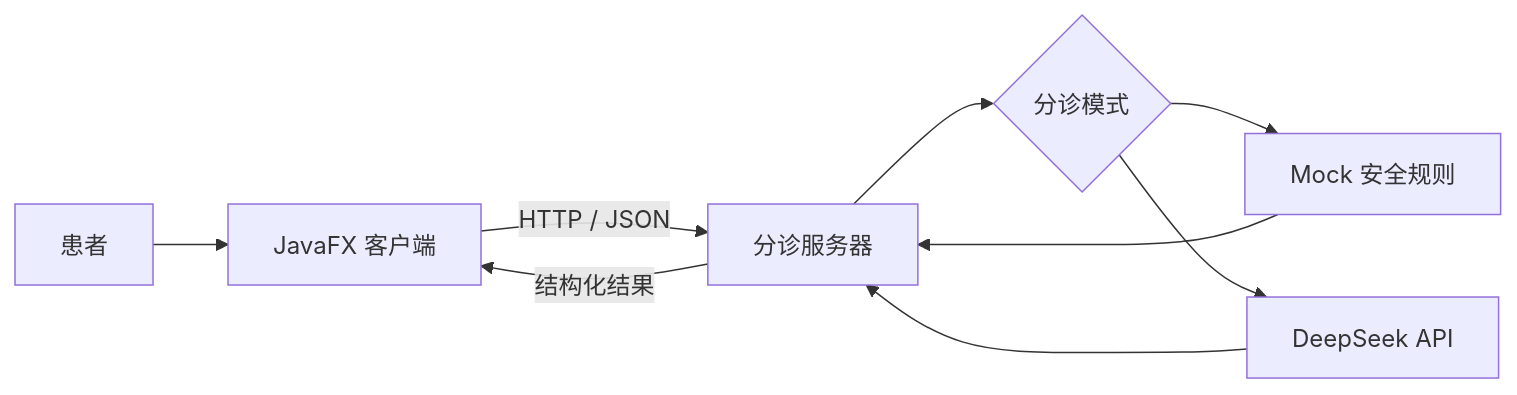
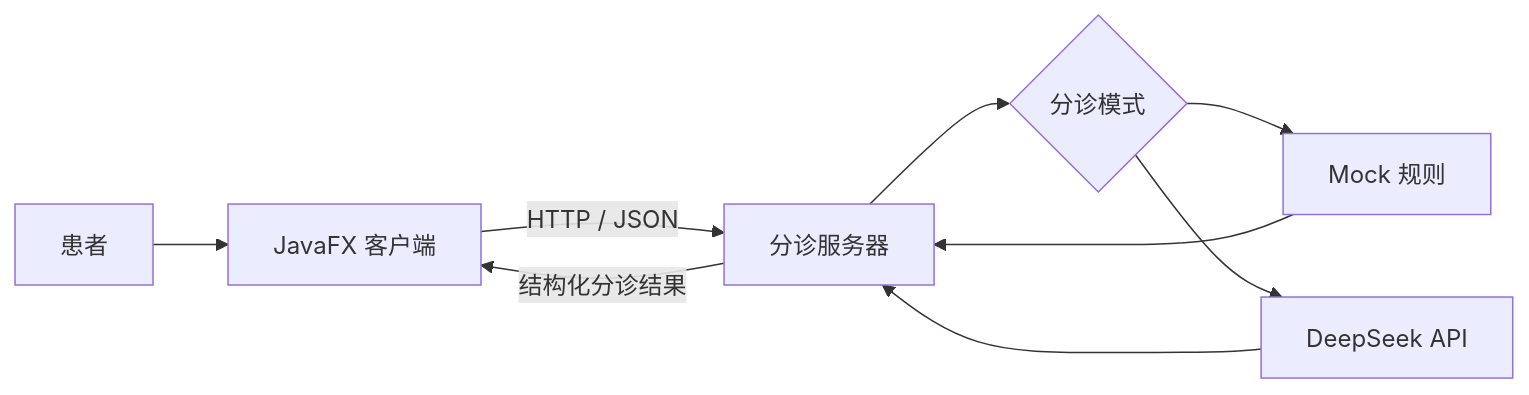
Before and after one commit to nannana11/Medicial-Predistribution-System: the diagram in README.md, drawn with Mermaid. The commit also changed other lines of this file and 28 other files, not shown here.

````diff
--- a/README.md
+++ b/README.md
@@ -24,11 +83,11 @@
 ```mermaid
 flowchart LR
     A["患者"] --> B["JavaFX 客户端"]
     B -->|"HTTP / JSON"| C["分诊服务器"]
     C --> D{"分诊模式"}
-    D --> E["Mock 安全规则"]
+    D --> E["Mock 规则"]
     D --> F["DeepSeek API"]
     E --> C
     F --> C
-    C -->|"结构化结果"| B
+    C -->|"结构化分诊结果"| B
 ```
````
